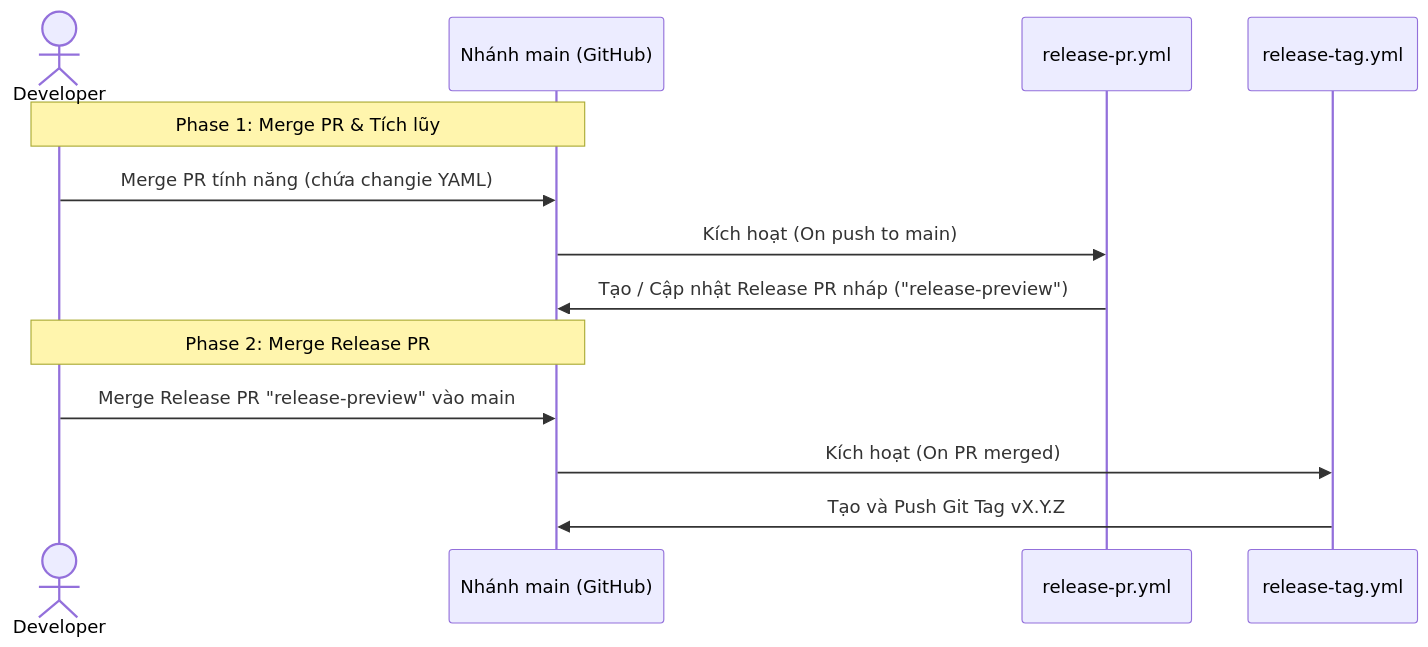
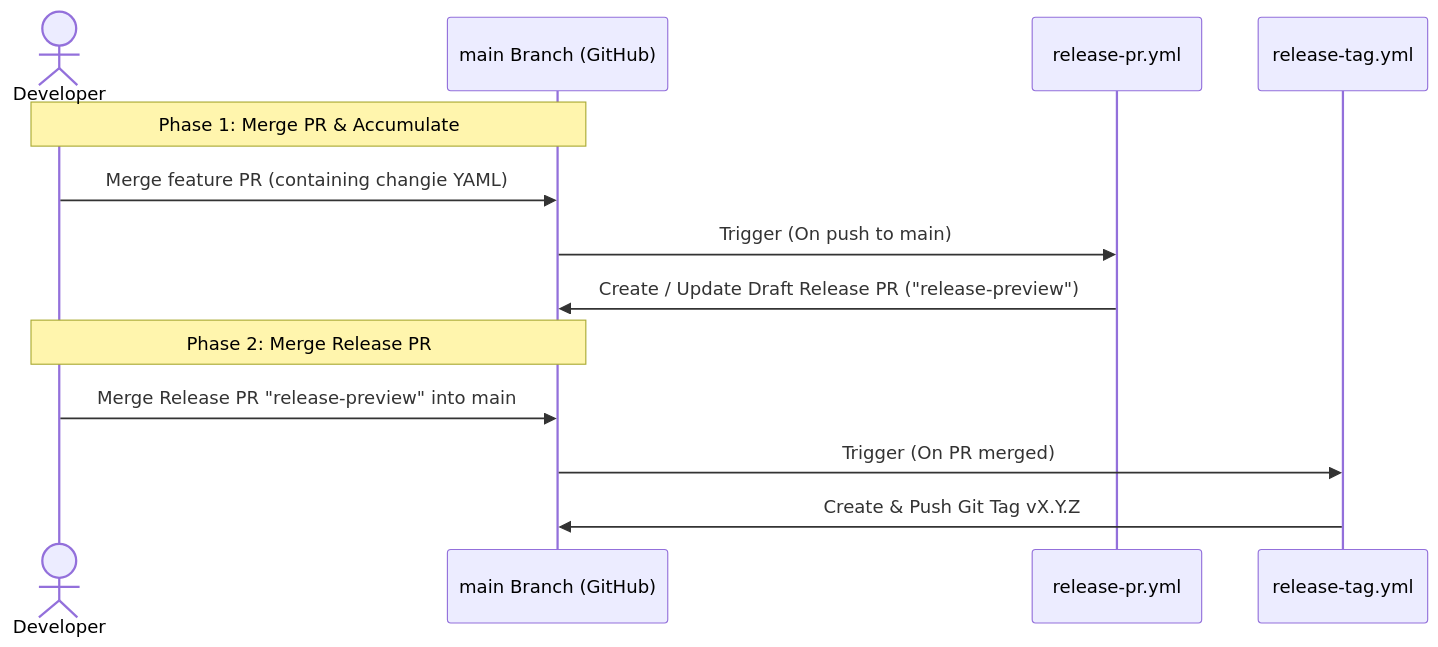
The fourth of 5 diagrams in CONTRIBUTING.md (khoanguyenn/uscornie), drawn with Mermaid before and after one commit. The commit also changed 1 other file, not shown here.

Commit message:
docs(contributing): translate release diagram to english (#14)
## Context
- **Closes**: #none

## What changed?
- Translated the Vietnamese labels inside the versioning/release Mermaid
diagram to English.
- Aligned text with English documentation standards.

````diff
--- a/CONTRIBUTING.md
+++ b/CONTRIBUTING.md
@@ -180,17 +180,17 @@
 ```mermaid
 sequenceDiagram
     actor Dev as Developer
-    participant main as Nhánh main (GitHub)
+    participant main as main Branch (GitHub)
     participant PR_Workflow as release-pr.yml
     participant Tag_Workflow as release-tag.yml
 
-    Note over Dev, main: Phase 1: Merge PR & Tích lũy
-    Dev->>main: Merge PR tính năng (chứa changie YAML)
-    main->>PR_Workflow: Kích hoạt (On push to main)
-    PR_Workflow->>main: Tạo / Cập nhật Release PR nháp ("release-preview")
+    Note over Dev, main: Phase 1: Merge PR & Accumulate
+    Dev->>main: Merge feature PR (containing changie YAML)
+    main->>PR_Workflow: Trigger (On push to main)
+    PR_Workflow->>main: Create / Update Draft Release PR ("release-preview")
 
     Note over Dev, main: Phase 2: Merge Release PR
-    Dev->>main: Merge Release PR "release-preview" vào main
-    main->>Tag_Workflow: Kích hoạt (On PR merged)
-    Tag_Workflow->>main: Tạo và Push Git Tag vX.Y.Z
+    Dev->>main: Merge Release PR "release-preview" into main
+    main->>Tag_Workflow: Trigger (On PR merged)
+    Tag_Workflow->>main: Create & Push Git Tag vX.Y.Z
 ```
````
